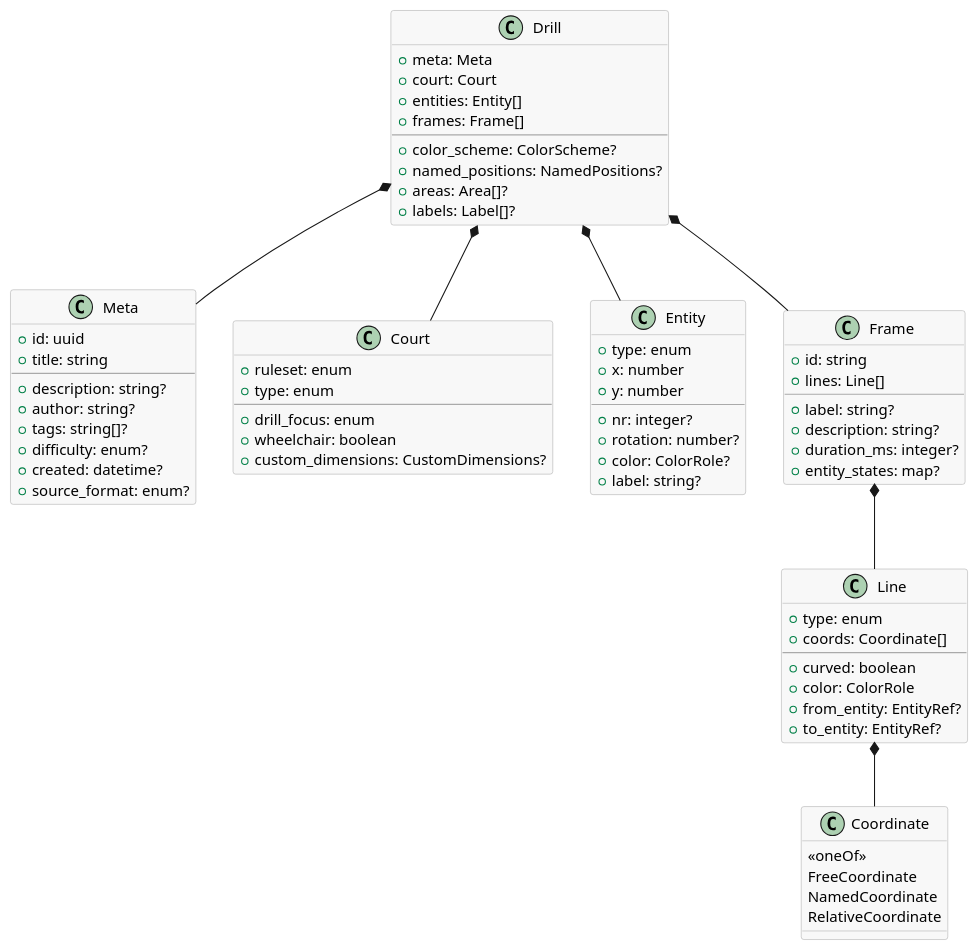
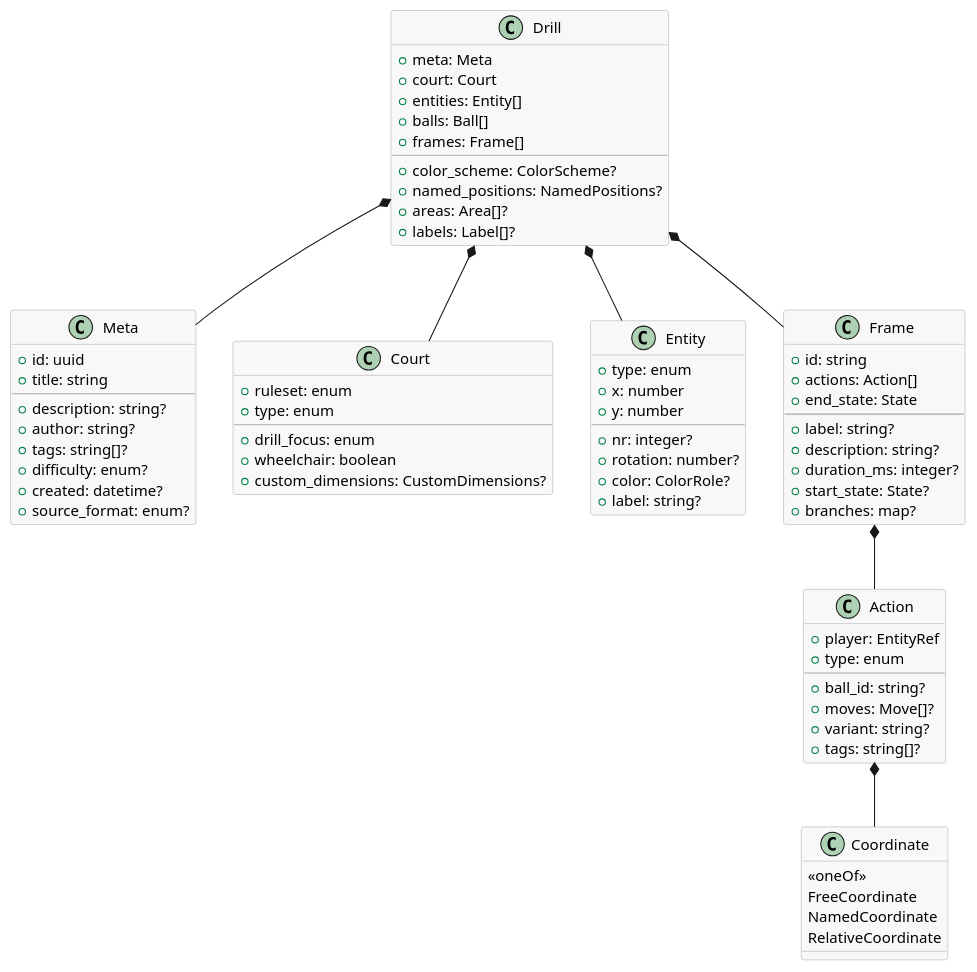
The first of 2 diagrams in docs/specification-v1.adoc (opencoachingformat/spec), drawn with PlantUML before and after one commit. The commit also changed other lines of this file and 20 other files, not shown here.

```diff
--- a/docs/specification-v1.adoc
+++ b/docs/specification-v1.adoc
@@ -1076,6 +931,7 @@
   +meta: Meta
   +court: Court
   +entities: Entity[]
+  +balls: Ball[]
   +frames: Frame[]
   --
   +color_scheme: ColorScheme?
@@ -1118,22 +974,24 @@
 
 class Frame {
   +id: string
-  +lines: Line[]
+  +actions: Action[]
+  +end_state: State
   --
   +label: string?
   +description: string?
   +duration_ms: integer?
-  +entity_states: map?
+  +start_state: State?
+  +branches: map?
 }
 
-class Line {
+class Action {
+  +player: EntityRef
   +type: enum
-  +coords: Coordinate[]
   --
-  +curved: boolean
-  +color: ColorRole
-  +from_entity: EntityRef?
-  +to_entity: EntityRef?
+  +ball_id: string?
+  +moves: Move[]?
+  +variant: string?
+  +tags: string[]?
 }
 
 class Coordinate {
@@ -1147,7 +1005,7 @@
 Drill *-- Court
 Drill *-- Entity
 Drill *-- Frame
-Frame *-- Line
-Line *-- Coordinate
+Frame *-- Action
+Action *-- Coordinate
 @enduml
 ....
```
